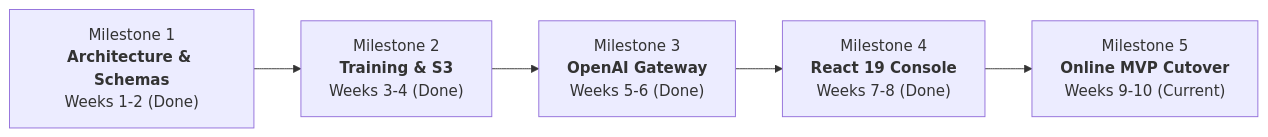
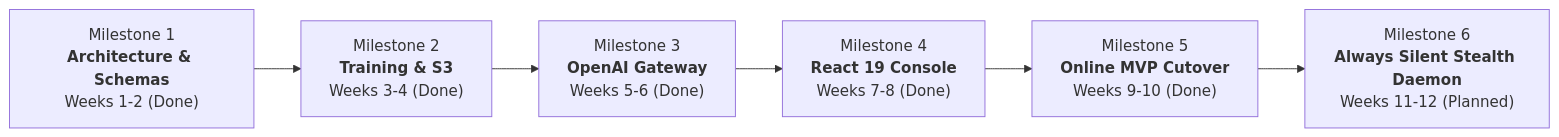
The diagram in docs/long-term/specifications/SOW.md (ohad-BN/Project-NetworkNebula), drawn with Mermaid before and after one commit. The commit also changed other lines of this file and 52 other files, not shown here.

Commit message:
feat: Always Silent Worker Engine & Zero-Touch Remote Server Deployment

````diff
--- a/docs/long-term/specifications/SOW.md
+++ b/docs/long-term/specifications/SOW.md
@@ -73,7 +74,8 @@
 ```mermaid
 flowchart LR
     M1["Milestone 1<br/><b>Architecture & Schemas</b><br/>Weeks 1-2 (Done)"] --> M2["Milestone 2<br/><b>Training & S3</b><br/>Weeks 3-4 (Done)"]
     M2 --> M3["Milestone 3<br/><b>OpenAI Gateway</b><br/>Weeks 5-6 (Done)"]
     M3 --> M4["Milestone 4<br/><b>React 19 Console</b><br/>Weeks 7-8 (Done)"]
-    M4 --> M5["Milestone 5<br/><b>Online MVP Cutover</b><br/>Weeks 9-10 (Current)"]
+    M4 --> M5["Milestone 5<br/><b>Online MVP Cutover</b><br/>Weeks 9-10 (Done)"]
+    M5 --> M6["Milestone 6<br/><b>Always Silent Stealth Daemon</b><br/>Weeks 11-12 (Planned)"]
 ```
````
